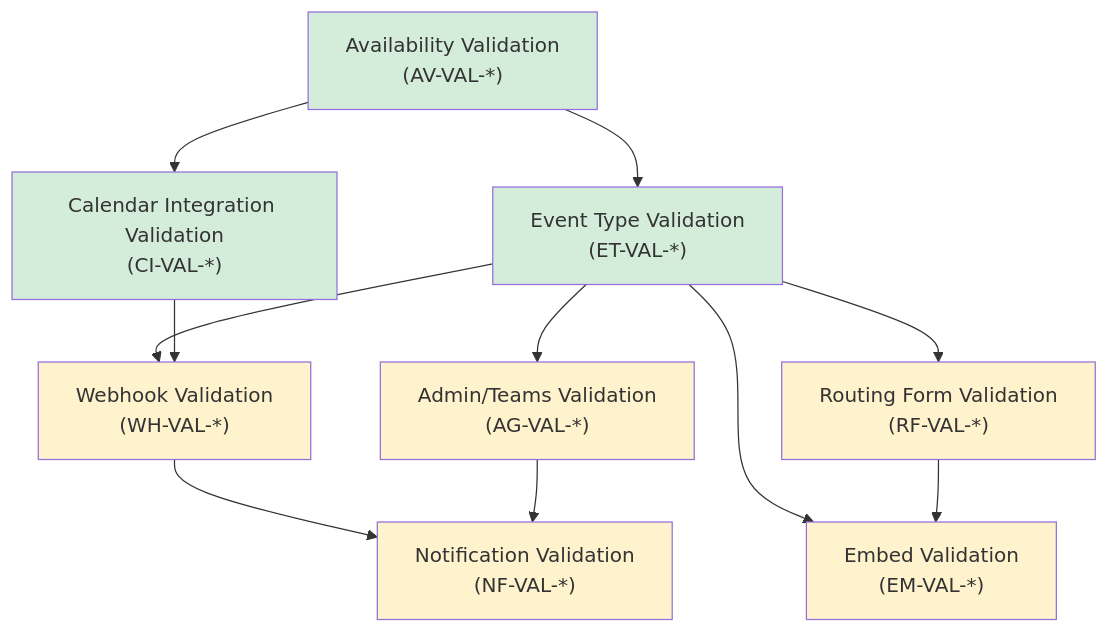
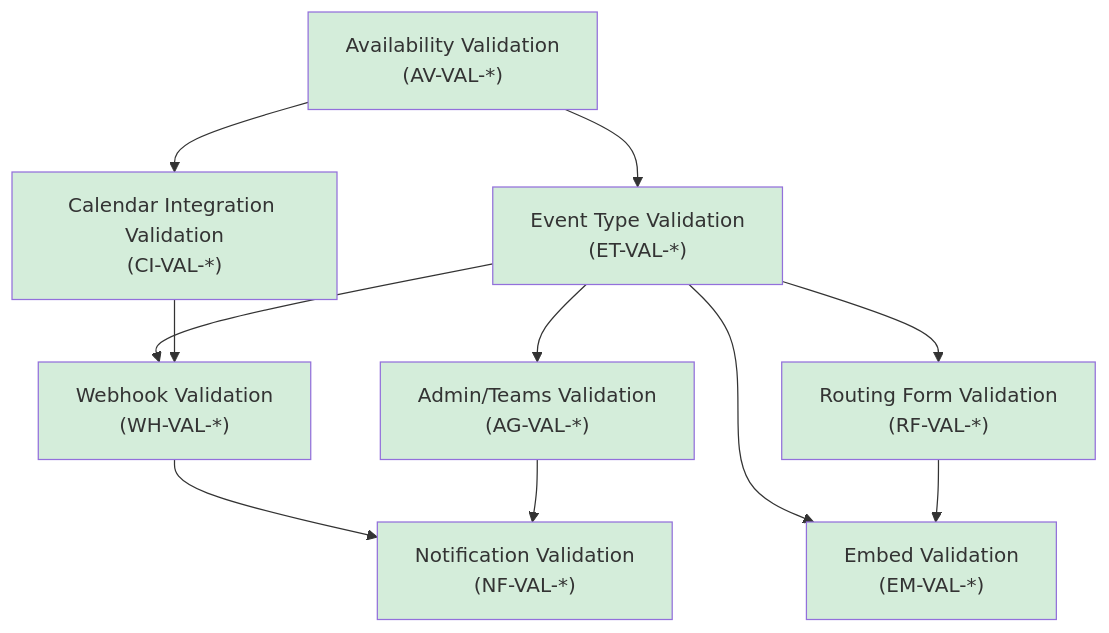
Before and after one commit to Blitzy-Sandbox/blitzy-cal: the diagram in docs/sprint-roadmap/validation-criteria.mdx, drawn with Mermaid. The commit also changed other lines of this file, not shown here.

````diff
--- a/docs/sprint-roadmap/validation-criteria.mdx
+++ b/docs/sprint-roadmap/validation-criteria.mdx
@@ -404,22 +607,22 @@
 ```mermaid
 flowchart TD
     AV_VAL["Availability Validation\n(AV-VAL-*)"] --> ET_VAL["Event Type Validation\n(ET-VAL-*)"]
     AV_VAL --> CI_VAL["Calendar Integration Validation\n(CI-VAL-*)"]
     ET_VAL --> WH_VAL["Webhook Validation\n(WH-VAL-*)"]
     ET_VAL --> RF_VAL["Routing Form Validation\n(RF-VAL-*)"]
     ET_VAL --> EM_VAL["Embed Validation\n(EM-VAL-*)"]
     ET_VAL --> AG_VAL["Admin/Teams Validation\n(AG-VAL-*)"]
     WH_VAL --> NF_VAL["Notification Validation\n(NF-VAL-*)"]
     CI_VAL --> WH_VAL
     RF_VAL --> EM_VAL
     AG_VAL --> NF_VAL
 
     style AV_VAL fill:#d4edda
     style ET_VAL fill:#d4edda
     style CI_VAL fill:#d4edda
-    style WH_VAL fill:#fff3cd
-    style RF_VAL fill:#fff3cd
-    style EM_VAL fill:#fff3cd
-    style AG_VAL fill:#fff3cd
-    style NF_VAL fill:#fff3cd
+    style WH_VAL fill:#d4edda
+    style RF_VAL fill:#d4edda
+    style EM_VAL fill:#d4edda
+    style AG_VAL fill:#d4edda
+    style NF_VAL fill:#d4edda
 ```
````
